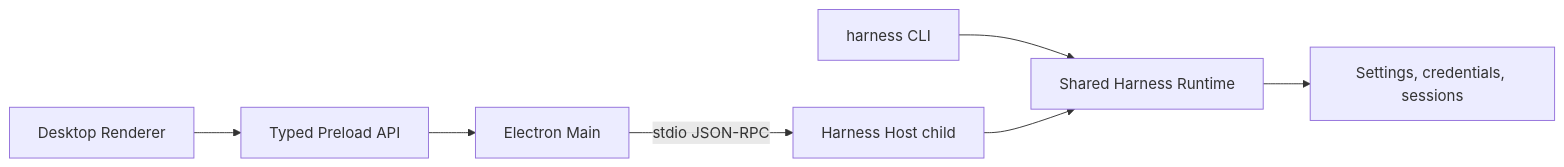
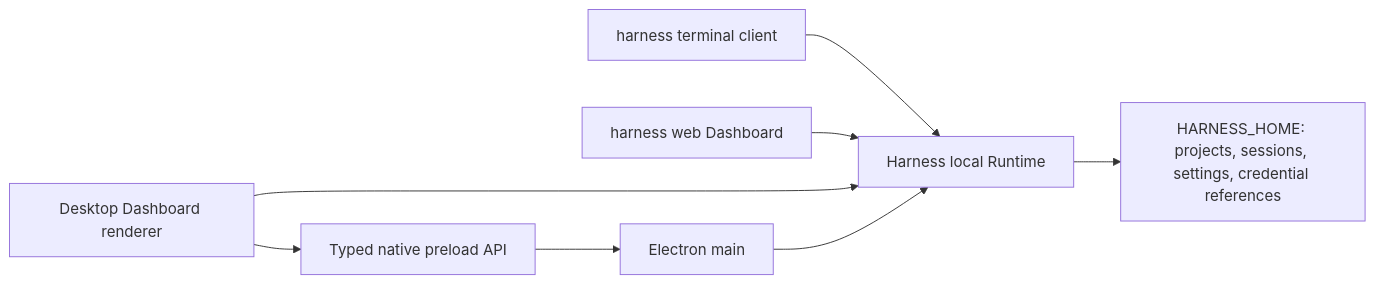
The diagram in docs/superpowers/specs/2026-08-15-harness-desktop-design.md (naipi11/Harness-Desktop), drawn with Mermaid before and after one commit. The commit also changed other lines of this file and 92 other files, not shown here.

Commit message:
docs(desktop): define shared local runtime

````diff
--- a/docs/superpowers/specs/2026-08-15-harness-desktop-design.md
+++ b/docs/superpowers/specs/2026-08-15-harness-desktop-design.md
@@ -34,9 +37,10 @@
 ```mermaid
 flowchart LR
-  Renderer["Desktop Renderer"] --> Preload["Typed Preload API"]
-  Preload --> Main["Electron Main"]
-  Main -->|"stdio JSON-RPC"| Host["Harness Host child"]
-  CLI["harness CLI"] --> Runtime["Shared Harness Runtime"]
-  Host --> Runtime
-  Runtime --> Data["Settings, credentials, sessions"]
+  CLI["harness terminal client"] --> Runtime["Harness local Runtime"]
+  Browser["harness web Dashboard"] --> Runtime
+  Renderer["Desktop Dashboard renderer"] --> Runtime
+  Renderer --> Preload["Typed native preload API"]
+  Preload --> Main["Electron main"]
+  Main --> Runtime
+  Runtime --> Data["HARNESS_HOME: projects, sessions, settings, credential references"]
 ```
````
